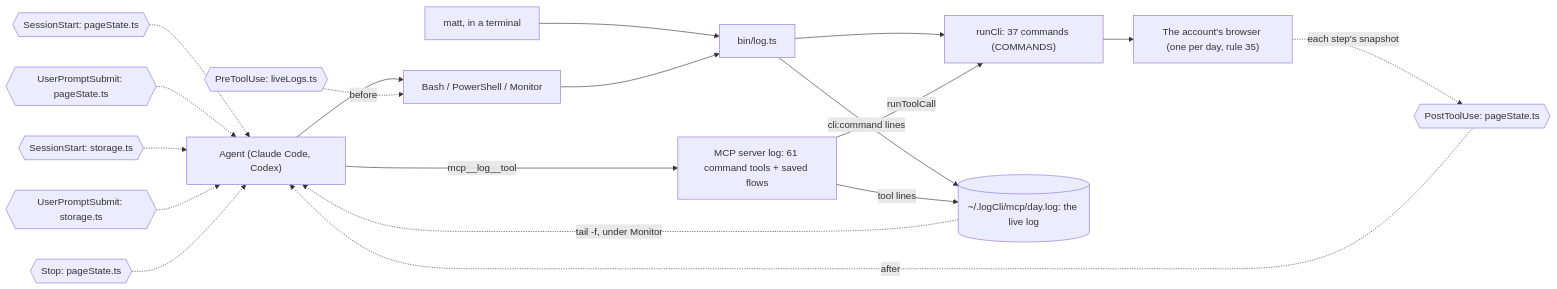
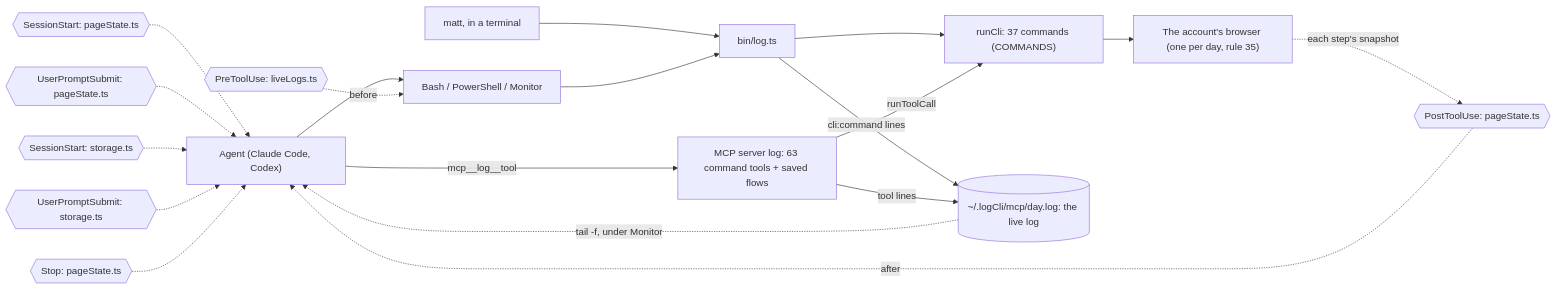
Before and after one commit to matthewdonsemail-lab/log: the second of 5 diagrams in README.md, drawn with Mermaid. The commit also changed other lines of this file and 13 other files, not shown here.

````diff
--- a/README.md
+++ b/README.md
@@ -87,29 +87,29 @@
 ```mermaid
 flowchart LR
   agent["Agent (Claude Code, Codex)"]
   matt["matt, in a terminal"]
   shell["Bash / PowerShell / Monitor"]
-  mcp["MCP server log: 61 command tools + saved flows"]
+  mcp["MCP server log: 63 command tools + saved flows"]
   bin["bin/log.ts"]
   runCli["runCli: 37 commands (COMMANDS)"]
   live[("~/.logCli/mcp/day.log: the live log")]
   browser["The account's browser (one per day, rule 35)"]
   agent --> shell
   matt --> bin
   shell --> bin
   agent -->|mcp__log__tool| mcp
   bin --> runCli
   mcp -->|runToolCall| runCli
   runCli --> browser
   bin -->|cli:command lines| live
   mcp -->|tool lines| live
   live -.->|tail -f, under Monitor| agent
   pre0{{"PreToolUse: liveLogs.ts"}} -.->|before| shell
   post0{{"PostToolUse: pageState.ts"}} -.->|after| agent
   turn0{{"SessionStart: pageState.ts"}} -.-> agent
   turn1{{"UserPromptSubmit: pageState.ts"}} -.-> agent
   turn2{{"SessionStart: storage.ts"}} -.-> agent
   turn3{{"UserPromptSubmit: storage.ts"}} -.-> agent
   turn4{{"Stop: pageState.ts"}} -.-> agent
   browser -.->|each step's snapshot| post0
 ```
````
